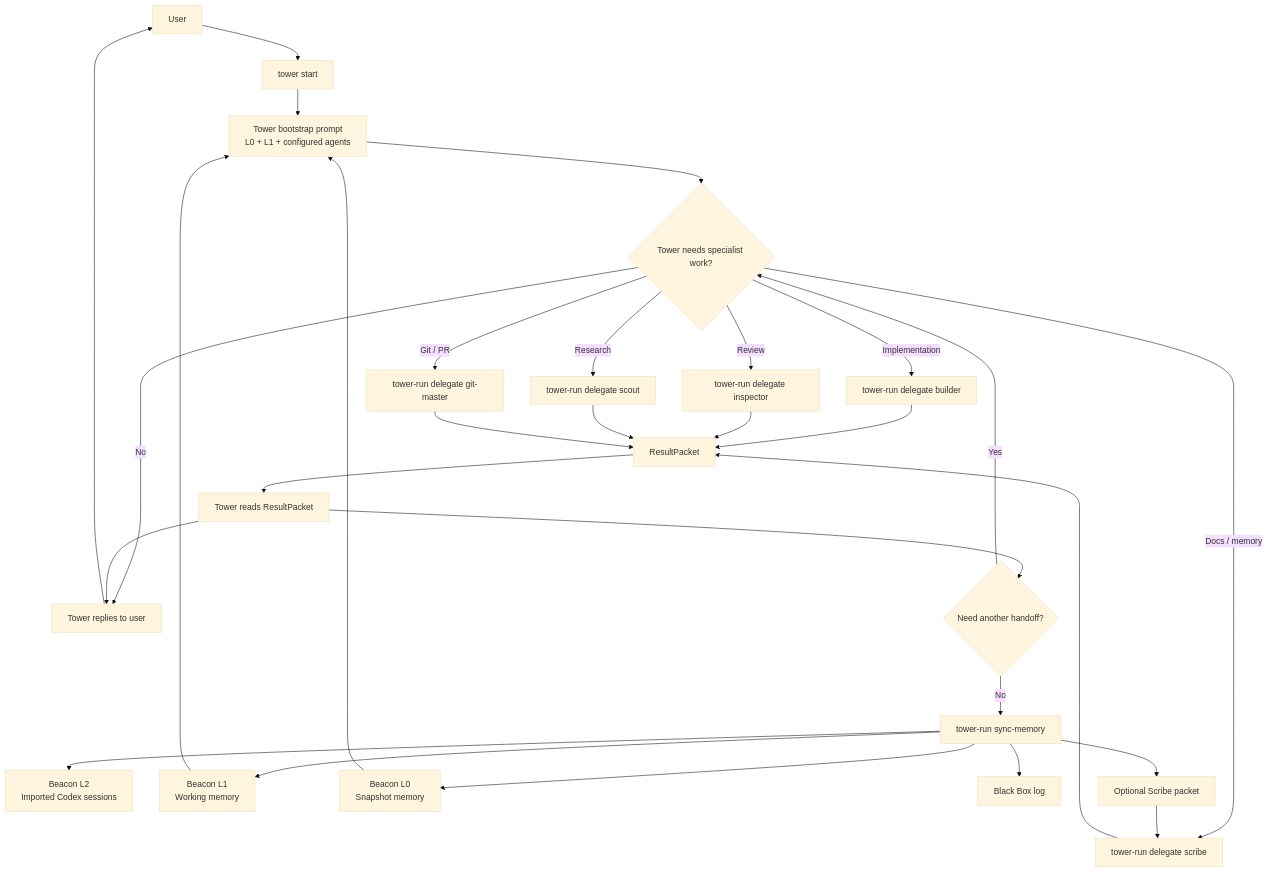
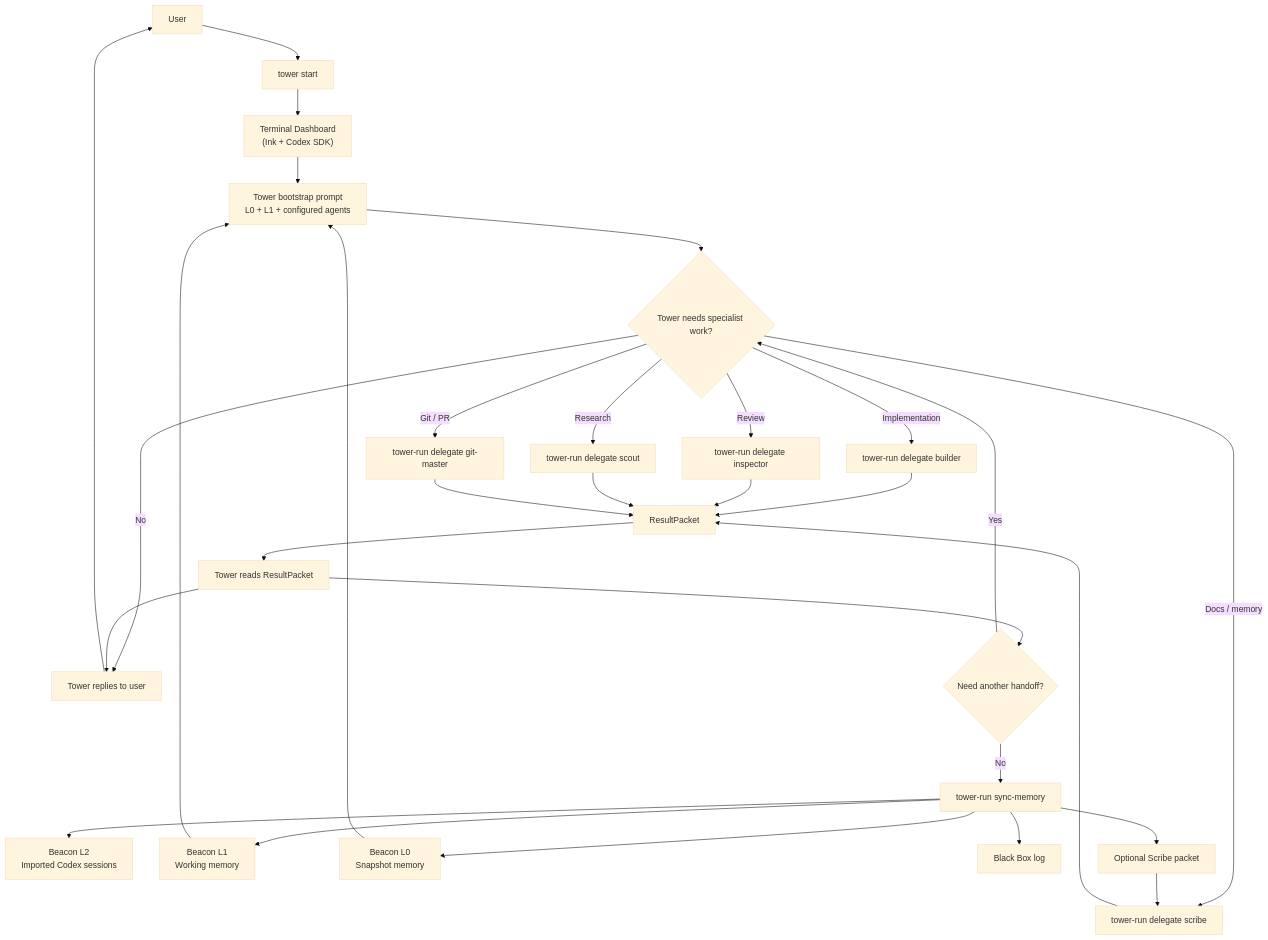
The diagram in README.md (yashturkar/control-tower), drawn with Mermaid (base theme) before and after one commit. The commit also changed other lines of this file and 28 other files, not shown here.

First line of the commit message:
Add Codex SDK terminal dashboard UI for Tower

````diff
--- a/README.md
+++ b/README.md
@@ -133,31 +141,32 @@
 ```mermaid
 flowchart TD
     U["User"] --> TS["tower start"]
-    TS --> TB["Tower bootstrap prompt<br/>L0 + L1 + configured agents"]
+    TS --> UI["Terminal Dashboard<br/>(Ink + Codex SDK)"]
+    UI --> TB["Tower bootstrap prompt<br/>L0 + L1 + configured agents"]
     TB --> D{"Tower needs specialist work?"}
     D -- "No" --> TU["Tower replies to user"]
     D -- "Implementation" --> B["tower-run delegate builder"]
     D -- "Review" --> I["tower-run delegate inspector"]
     D -- "Research" --> SC["tower-run delegate scout"]
     D -- "Git / PR" --> G["tower-run delegate git-master"]
     D -- "Docs / memory" --> S["tower-run delegate scribe"]
     B --> RP["ResultPacket"]
     I --> RP
     SC --> RP
     G --> RP
     S --> RP
     RP --> TR["Tower reads ResultPacket"]
     TR --> TU
     TR --> NH{"Need another handoff?"}
     NH -- "Yes" --> D
     NH -- "No" --> SM["tower-run sync-memory"]
     SM --> L2["Beacon L2<br/>Imported Codex sessions"]
     SM --> L1["Beacon L1<br/>Working memory"]
     SM --> L0["Beacon L0<br/>Snapshot memory"]
     SM --> BB["Black Box log"]
     SM --> SP["Optional Scribe packet"]
     SP --> S
     L0 --> TB
     L1 --> TB
     TU --> U
 ```
````
